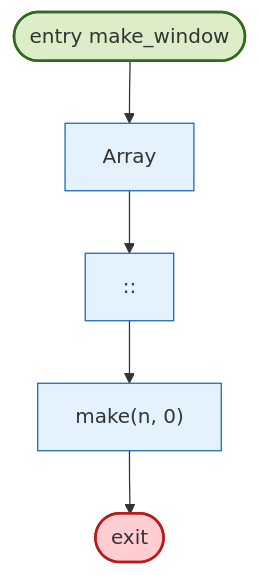
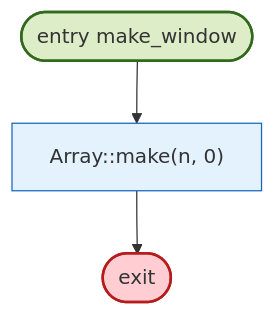
One commit to riantr/LunaFlow changed the sixth of 11 diagrams in reports/local_module_0.0.0.md. Above: the diagram before and after it, drawn with Mermaid. The commit also changed other lines of this file and 31 other files, not shown here.

````diff
--- a/reports/local_module_0.0.0.md
+++ b/reports/local_module_0.0.0.md
@@ -200,19 +200,15 @@
 ```mermaid
 flowchart TD
   classDef entryNode fill:#dcedc8,stroke:#33691e,stroke-width:2px
   classDef exitNode fill:#ffcdd2,stroke:#b71c1c,stroke-width:2px
   classDef branchNode fill:#fff9c4,stroke:#f9a825
   classDef loopNode fill:#e1bee7,stroke:#6a1b9a
   classDef mergeNode fill:#eceff1,stroke:#607d8b
   classDef deadNode fill:#eeeeee,stroke:#9e9e9e
   classDef stmtNode fill:#e3f2fd,stroke:#1565c0
   n0(["entry make_window"]):::entryNode
   n1(["exit"]):::exitNode
-  n2["Array"]:::stmtNode
-  n3["::"]:::stmtNode
-  n4["make(n, 0)"]:::stmtNode
+  n2["Array::make(n, 0)"]:::stmtNode
   n0 --> n2
-  n2 --> n3
-  n3 --> n4
-  n4 --> n1
+  n2 --> n1
 ```
````
